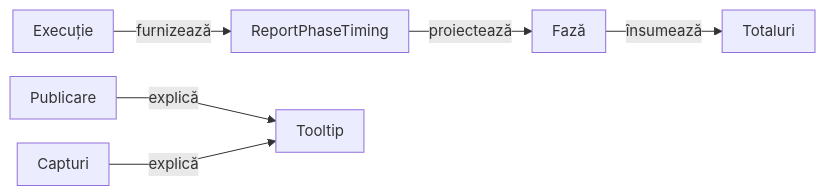
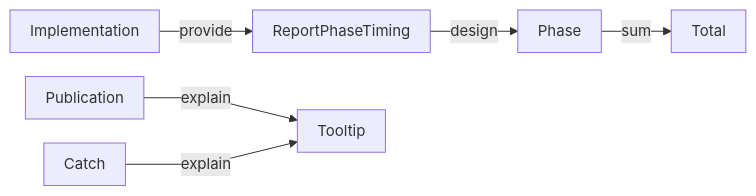
Diagram 15 of 18 in atf-reporting/README.md (crististefanita/atf_j0), drawn with Mermaid before and after one commit. The commit also changed other lines of this file and 113 other files, not shown here.

````diff
--- a/atf-reporting/README.md
+++ b/atf-reporting/README.md
@@ -2010,9 +1581,9 @@
 ```mermaid
 %%{init: {"themeVariables":{"fontSize":"15px"},"themeCSS":".nodeLabel, .nodeLabel p { font-size: 15px !important; line-height: 1.35 !important; } .edgeLabel, .edgeLabel p { font-size: 12px !important; font-weight: 400 !important; line-height: 1.2 !important; } .edgeLabel .labelBkg, .edgeLabel p { background: transparent !important; } .edgeLabel foreignObject { transform: translateY(-18px); overflow: visible; } .node rect { rx: 6px; ry: 6px; }","flowchart":{"curve":"linear","nodeSpacing":24,"rankSpacing":40,"padding":10,"diagramPadding":16}}}%%
 flowchart LR
-    Execution["Execuție"] -->|furnizează| Timing["ReportPhaseTiming"]
-    Timing -->|proiectează| Phase["Fază"]
-    Phase -->|însumează| Scenario["Totaluri"]
-    Publication["Publicare"] -->|explică| Detail["Tooltip"]
-    Capture["Capturi"] -->|explică| Detail
+    Execution["Implementation"] -->|provide| Timing["ReportPhaseTiming"]
+    Timing -->|design| Phase["Phase"]
+    Phase -->|sum| Scenario["Total"]
+    Publication["Publication"] -->|explain| Detail["Tooltip"]
+    Capture["Catch"] -->|explain| Detail
 ```
````
